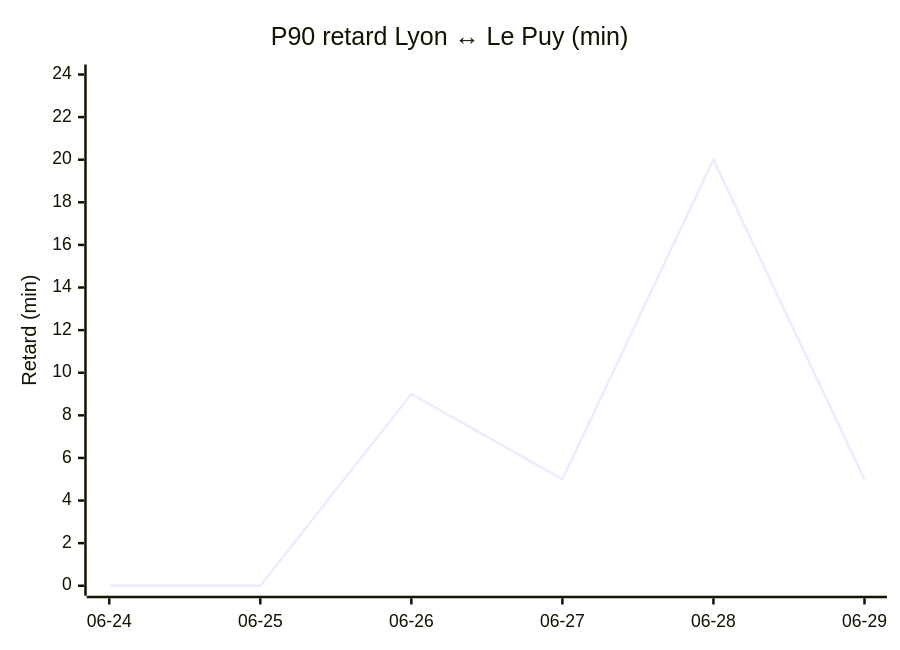
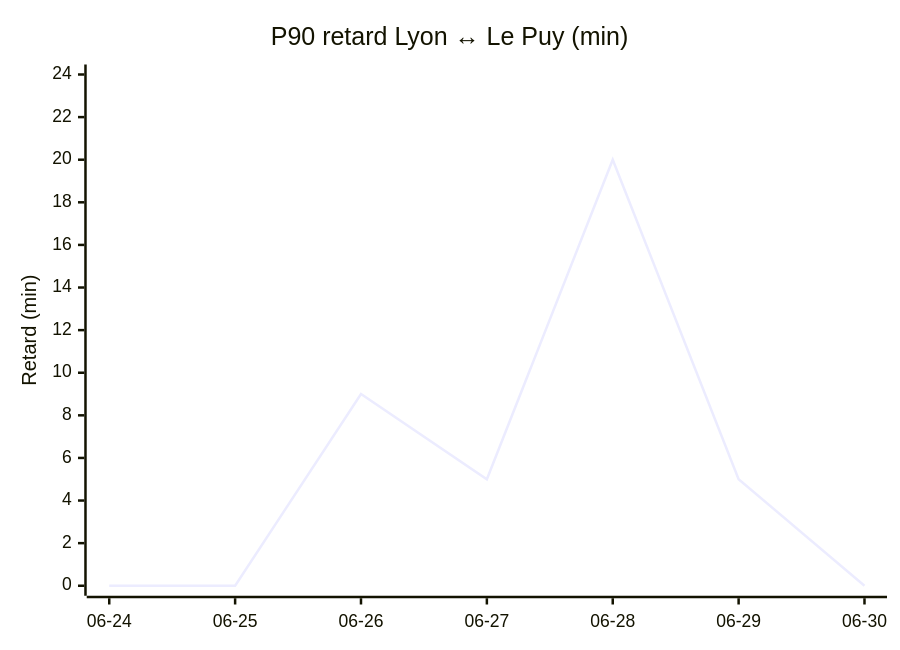
Before and after one commit to antoinerep/horaire-ter: the third of 4 diagrams in STATS.md, drawn with Mermaid. The commit also changed other lines of this file and 1 other file, not shown here.

````diff
--- a/STATS.md
+++ b/STATS.md
@@ -78,7 +79,7 @@
 ```mermaid
 xychart-beta
     title "P90 retard Lyon ↔ Le Puy (min)"
-    x-axis ["06-24", "06-25", "06-26", "06-27", "06-28", "06-29"]
+    x-axis ["06-24", "06-25", "06-26", "06-27", "06-28", "06-29", "06-30"]
     y-axis "Retard (min)" 0 --> 24
-    line [0.0, 0.0, 9.0, 5.0, 20.0, 5.0]
+    line [0.0, 0.0, 9.0, 5.0, 20.0, 5.0, 0.0]
 ```
````
